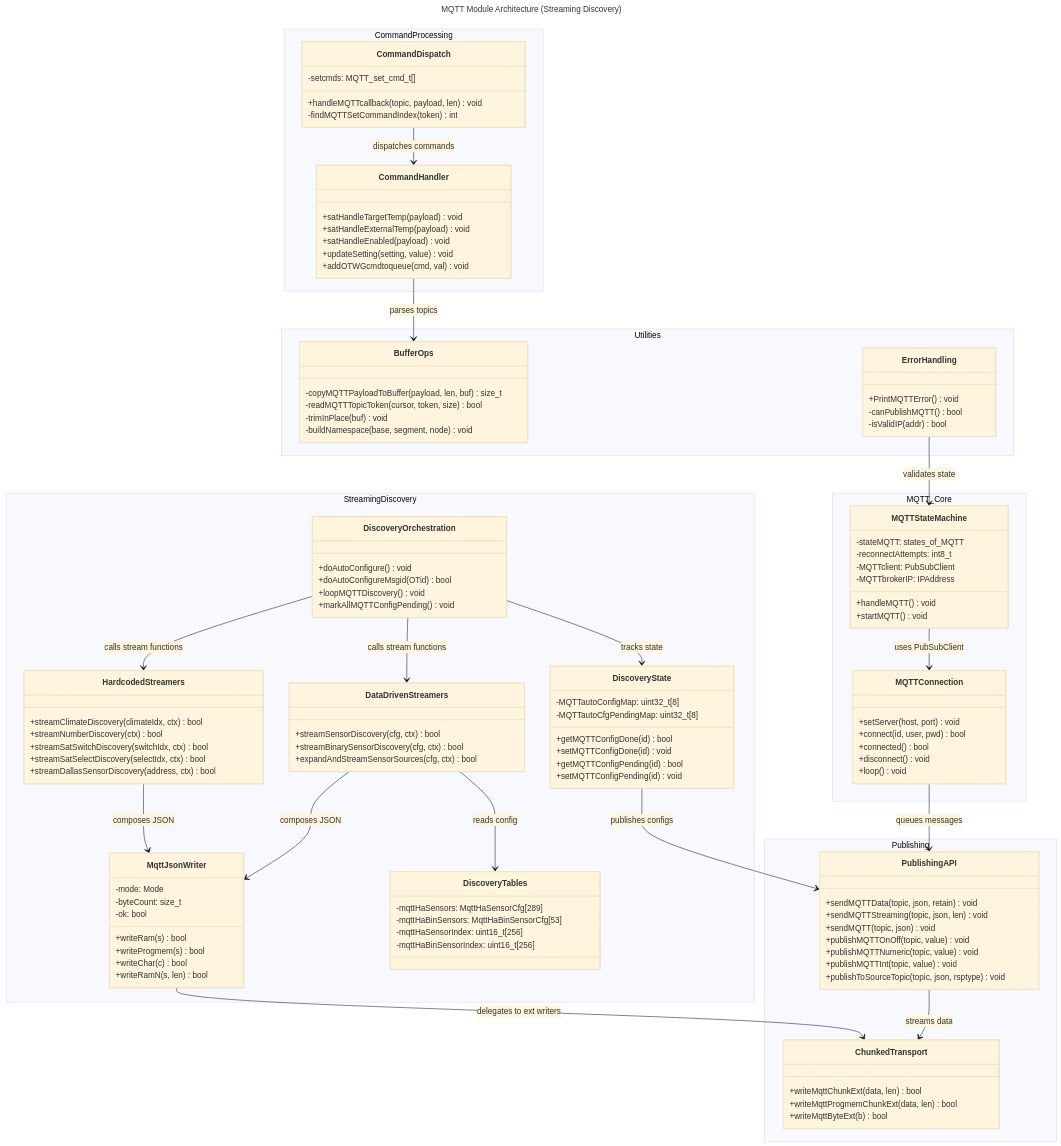
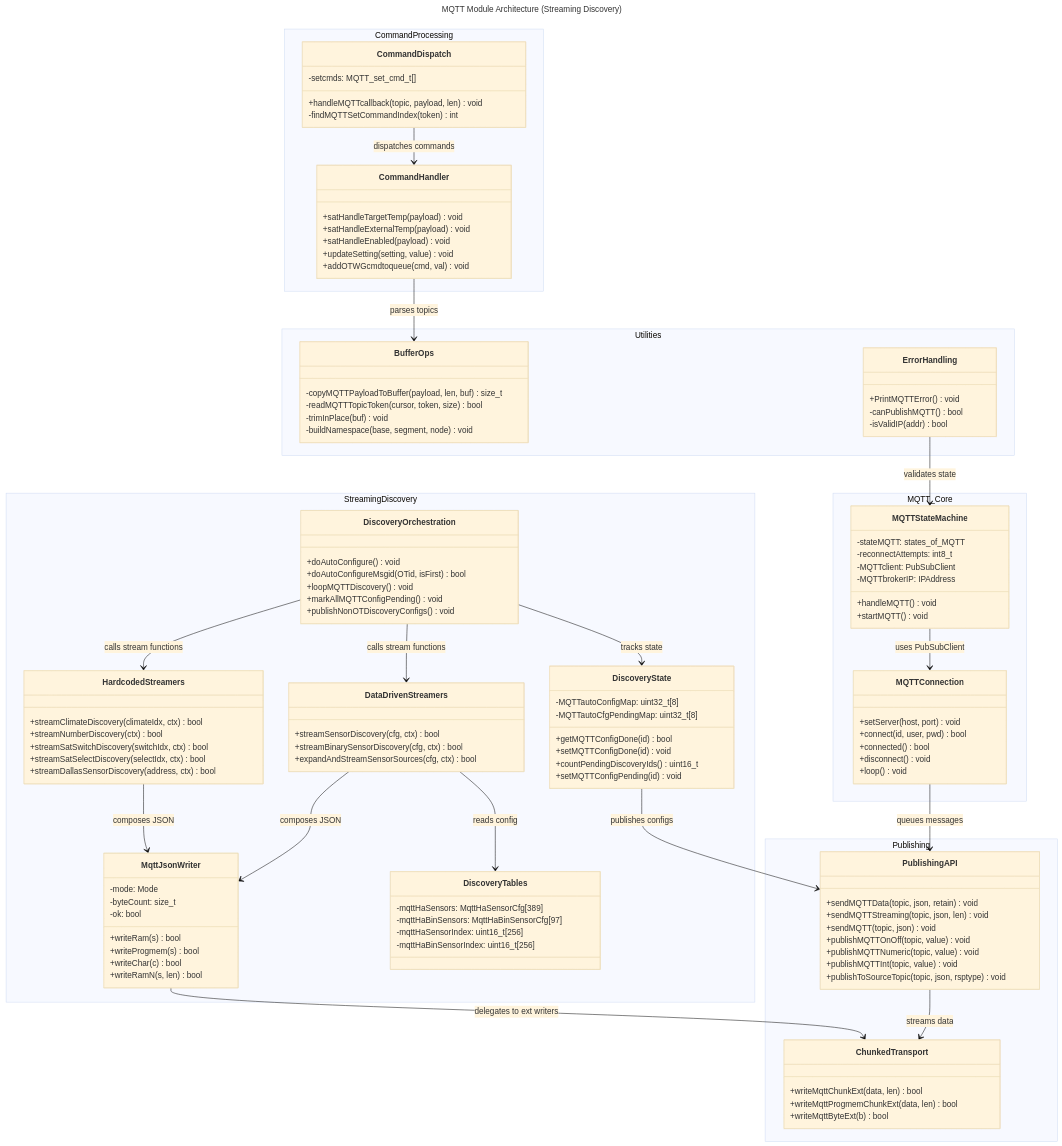
One commit to rvdbreemen/OTGW-firmware changed the diagram in docs/c4/c4-code-mqtt.md. Above: the diagram before and after it, drawn with Mermaid (base theme). The commit also changed other lines of this file and 7 other files, not shown here.

First line of the commit message:
docs(mqtt): describe HA-restart republish and discovery heal as shipped (TASK-1059, TASK-1037)

```diff
--- a/docs/c4/c4-code-mqtt.md
+++ b/docs/c4/c4-code-mqtt.md
@@ -1072,17 +1078,18 @@
         }
         
         class DiscoveryTables {
-            -mqttHaSensors: MqttHaSensorCfg[289]
-            -mqttHaBinSensors: MqttHaBinSensorCfg[53]
+            -mqttHaSensors: MqttHaSensorCfg[389]
+            -mqttHaBinSensors: MqttHaBinSensorCfg[97]
             -mqttHaSensorIndex: uint16_t[256]
             -mqttHaBinSensorIndex: uint16_t[256]
         }
         
         class DiscoveryOrchestration {
             +doAutoConfigure() void
-            +doAutoConfigureMsgid(OTid) bool
+            +doAutoConfigureMsgid(OTid, isFirst) bool
             +loopMQTTDiscovery() void
             +markAllMQTTConfigPending() void
+            +publishNonOTDiscoveryConfigs() void
         }
         
         class DiscoveryState {
@@ -1090,7 +1097,7 @@
             -MQTTautoCfgPendingMap: uint32_t[8]
             +getMQTTConfigDone(id) bool
             +setMQTTConfigDone(id) void
-            +getMQTTConfigPending(id) bool
+            +countPendingDiscoveryIds() uint16_t
             +setMQTTConfigPending(id) void
         }
     }
```
